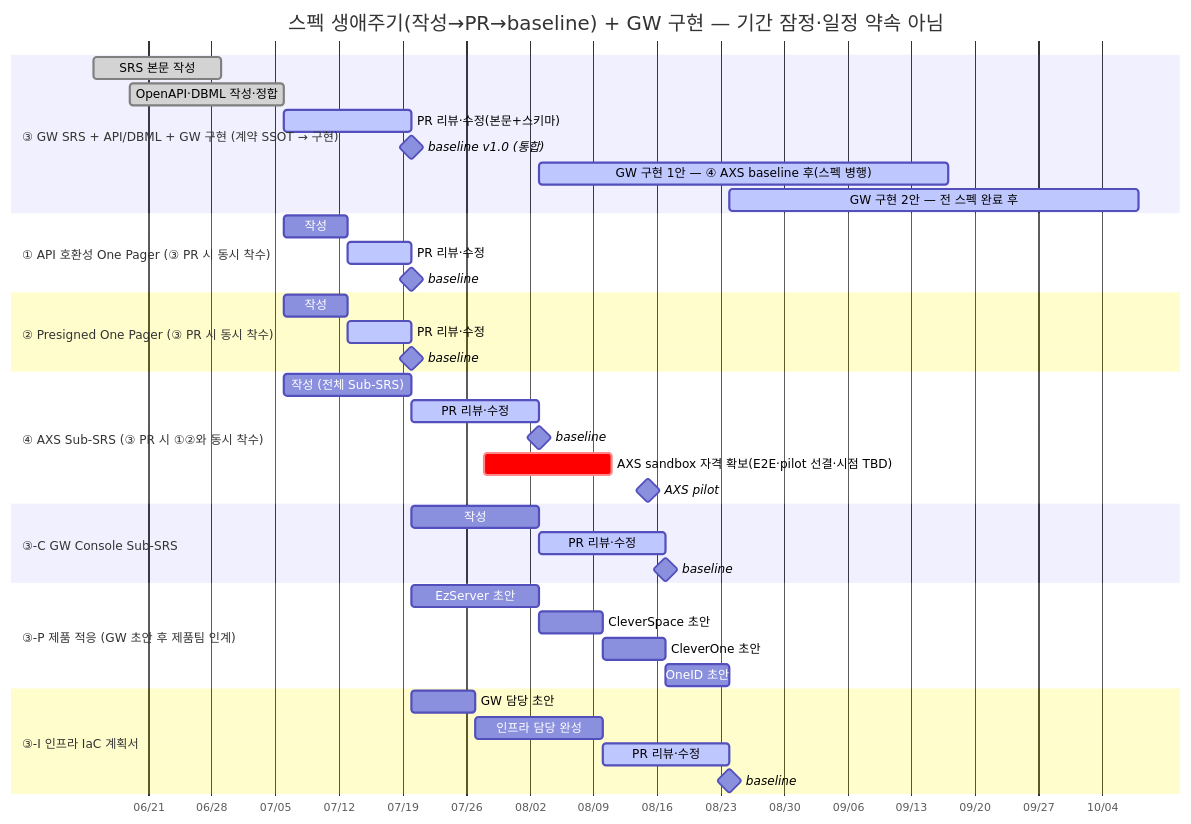
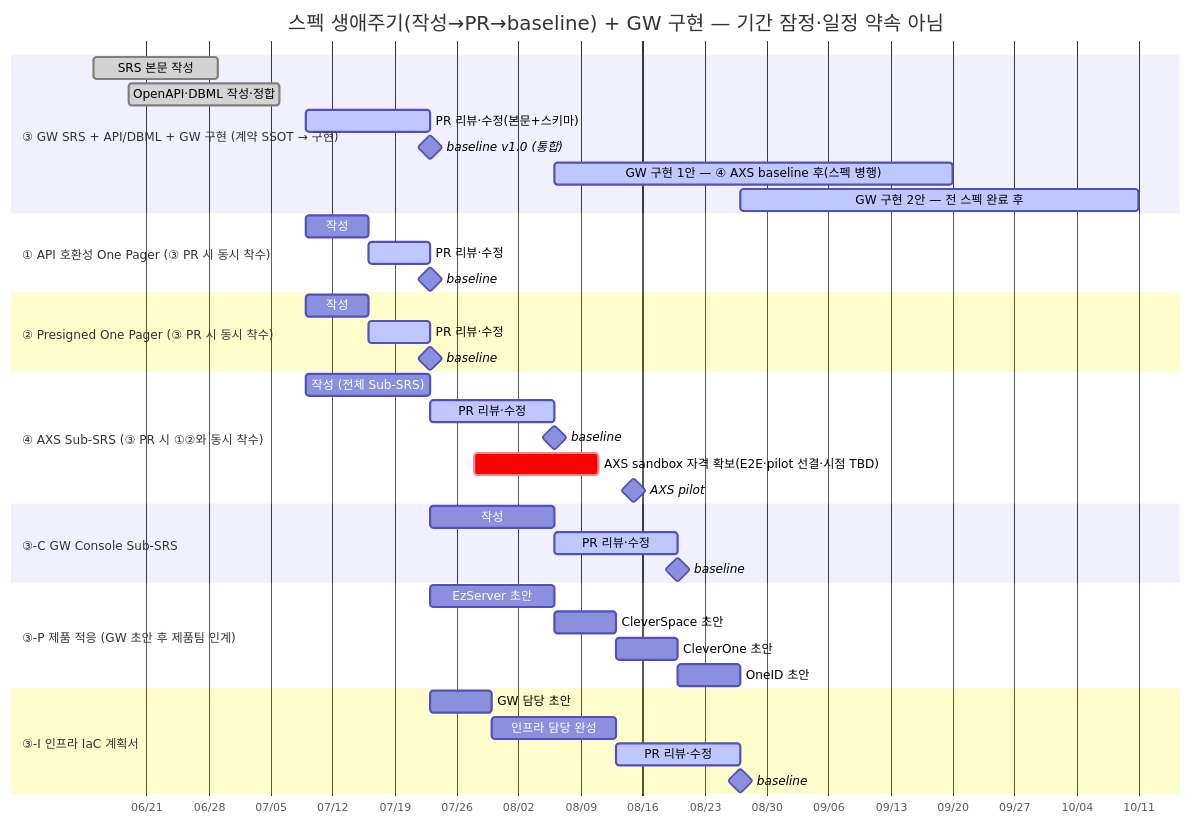
One commit to gracegyu/scp-architecture changed diagram 14 of 14 in docs/VT_API_Gateway/08.VT_API_Gateway/VT API Gateway — PRD (v2)/VT API Gateway — 개발 Roadmap 결정.md. Above: the diagram before and after it, drawn with Mermaid. The commit also changed other lines of this file and 1 other file, not shown here.

Commit message:
문서 업데이트: VT API Gateway의 주간회의 아젠다에서 GW SRS 리뷰어 목록의 PR 시작 날짜를 7/6에서 7/9로 변경하고, 스펙 작성 순서에서 PR 시작 날짜를 동일하게 수정하여 일관성을 강화하였습니다. 또한, 개발 로드맵 문서에서 스펙 작성 단계의 날짜를 업데이트하여 전체 문서의 정합성을 높였습니다.

````diff
--- a/docs/VT_API_Gateway/08.VT_API_Gateway/VT API Gateway — PRD (v2)/VT API Gateway — 개발 Roadmap 결정.md
+++ b/docs/VT_API_Gateway/08.VT_API_Gateway/VT API Gateway — PRD (v2)/VT API Gateway — 개발 Roadmap 결정.md
@@ -698,49 +698,49 @@
 ```mermaid
 gantt
     title 스펙 생애주기(작성→PR→baseline) + GW 구현 — 기간 잠정·일정 약속 아님
     dateFormat YYYY-MM-DD
     axisFormat %m/%d
     todayMarker stroke-width:3px,stroke:#d33,opacity:0.6
 
     section ③ GW SRS + API/DBML + GW 구현 (계약 SSOT → 구현)
     SRS 본문 작성            :done, srsw, 2026-06-15, 14d
     OpenAPI·DBML 작성·정합   :done, designw, 2026-06-19, 17d
-    PR 리뷰·수정(본문+스키마) :active, srspr, 2026-07-06, 14d
+    PR 리뷰·수정(본문+스키마) :active, srspr, 2026-07-09, 14d
     baseline v1.0 (통합)     :milestone, srsbl, after srspr, 0d
     GW 구현 1안 — ④ AXS baseline 후(스펙 병행) :active, impl1, after axsbl, 45d
     GW 구현 2안 — 전 스펙 완료 후 :active, impl2, after conbl infbl oidw, 45d
 
     section ① API 호환성 One Pager (③ PR 시 동시 착수)
-    작성                  :op1w, 2026-07-06, 7d
+    작성                  :op1w, 2026-07-09, 7d
     PR 리뷰·수정          :active, op1pr, after op1w, 7d
     baseline              :milestone, op1bl, after op1pr, 0d
 
     section ② Presigned One Pager (③ PR 시 동시 착수)
-    작성                  :op2w, 2026-07-06, 7d
+    작성                  :op2w, 2026-07-09, 7d
     PR 리뷰·수정          :active, op2pr, after op2w, 7d
     baseline              :milestone, op2bl, after op2pr, 0d
 
     section ④ AXS Sub-SRS (③ PR 시 ①②와 동시 착수)
-    작성 (전체 Sub-SRS)    :axsw, 2026-07-06, 14d
+    작성 (전체 Sub-SRS)    :axsw, 2026-07-09, 14d
     PR 리뷰·수정          :active, axspr, after axsw, 14d
     baseline              :milestone, axsbl, after axspr, 0d
     AXS sandbox 자격 확보(E2E·pilot 선결·시점 TBD) :crit, cred, 2026-07-28, 14d
     AXS pilot             :milestone, pilot, 2026-08-15, 0d
 
     section ③-C GW Console Sub-SRS
     작성                  :conw, after srsbl, 14d
     PR 리뷰·수정          :active, conpr, after conw, 14d
     baseline              :milestone, conbl, after conpr, 0d
 
     section ③-P 제품 적응 (GW 초안 후 제품팀 인계)
     EzServer 초안         :ezw, after srsbl, 14d
     CleverSpace 초안      :csw, after ezw, 7d
     CleverOne 초안        :cow, after csw, 7d
     OneID 초안            :oidw, after cow, 7d
 
     section ③-I 인프라 IaC 계획서
     GW 담당 초안          :infw1, after srsbl, 7d
     인프라 담당 완성       :infw2, after infw1, 14d
     PR 리뷰·수정          :active, infpr, after infw2, 14d
     baseline              :milestone, infbl, after infpr, 0d
 ```
````
